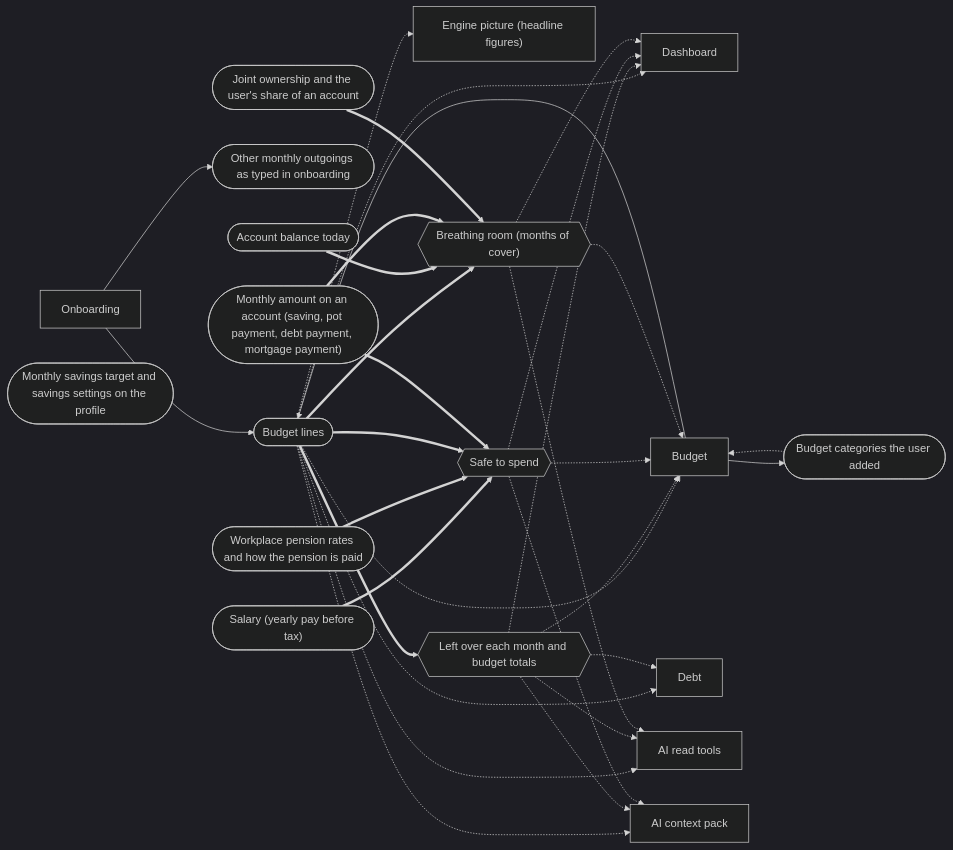
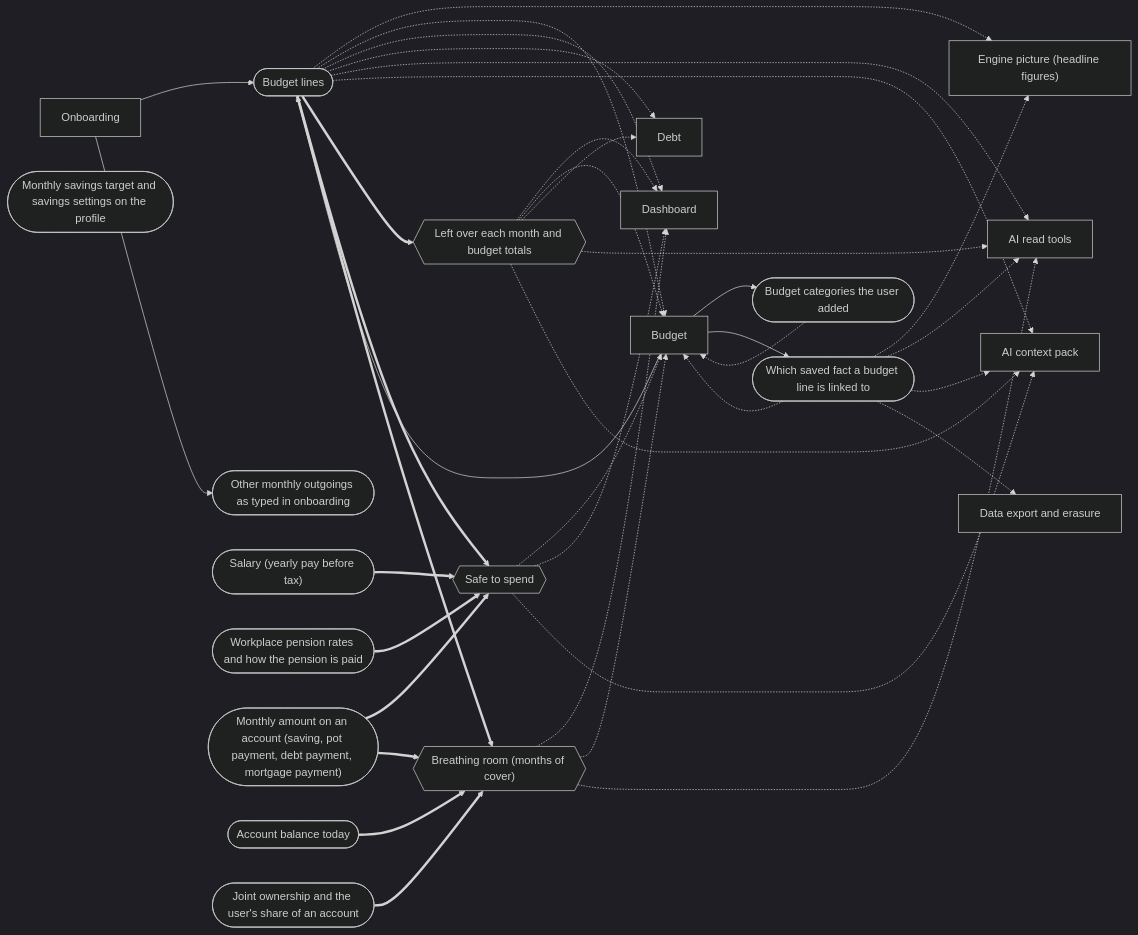
One commit to mgallagher56/flump changed the fifth of 7 diagrams in docs/system/generated/connections.md. Above: the diagram before and after it, drawn with Mermaid (dark theme). The commit also changed 44 other files, not shown here.

````diff
--- a/docs/system/generated/connections.md
+++ b/docs/system/generated/connections.md
@@ -390,53 +390,61 @@
 ```mermaid
 flowchart LR
   s_onboarding["Onboarding"]
   s_dashboard["Dashboard"]
   s_budget["Budget"]
   s_debt["Debt"]
   s_picture["Engine picture (headline figures)"]
   s_mcp_read["AI read tools"]
   s_context_pack["AI context pack"]
+  s_export["Data export and erasure"]
   f_custom_budget_categories(["Budget categories the user added"])
   s_budget --> f_custom_budget_categories
   f_custom_budget_categories -.-> s_budget
   f_budget_entries(["Budget lines"])
   s_budget --> f_budget_entries
   s_onboarding --> f_budget_entries
   f_budget_entries -.-> s_picture
   f_budget_entries -.-> s_budget
   f_budget_entries -.-> s_dashboard
   f_budget_entries -.-> s_debt
   f_budget_entries -.-> s_mcp_read
   f_budget_entries -.-> s_context_pack
+  f_budget_entry_link_kind(["Which saved fact a budget line is linked to"])
+  s_budget --> f_budget_entry_link_kind
+  f_budget_entry_link_kind -.-> s_picture
+  f_budget_entry_link_kind -.-> s_budget
+  f_budget_entry_link_kind -.-> s_mcp_read
+  f_budget_entry_link_kind -.-> s_context_pack
+  f_budget_entry_link_kind -.-> s_export
   f_other_outgoings(["Other monthly outgoings as typed in onboarding"])
   s_onboarding --> f_other_outgoings
   f_savings_settings(["Monthly savings target and savings settings on the profile"])
   g_left_over{{"Left over each month and budget totals"}}
   f_budget_entries ==> g_left_over
   g_left_over -.-> s_dashboard
   g_left_over -.-> s_budget
   g_left_over -.-> s_debt
   g_left_over -.-> s_mcp_read
   g_left_over -.-> s_context_pack
   g_safe_to_spend{{"Safe to spend"}}
   f_salary(["Salary (yearly pay before tax)"])
   f_salary ==> g_safe_to_spend
   f_pension_rates(["Workplace pension rates and how the pension is paid"])
   f_pension_rates ==> g_safe_to_spend
   f_budget_entries ==> g_safe_to_spend
   f_account_monthly_amount(["Monthly amount on an account (saving, pot payment, debt payment, mortgage payment)"])
   f_account_monthly_amount ==> g_safe_to_spend
   g_safe_to_spend -.-> s_budget
   g_safe_to_spend -.-> s_dashboard
   g_safe_to_spend -.-> s_context_pack
   g_months_of_cover{{"Breathing room (months of cover)"}}
   f_budget_entries ==> g_months_of_cover
   f_account_balance(["Account balance today"])
   f_account_balance ==> g_months_of_cover
   f_account_monthly_amount ==> g_months_of_cover
   f_ownership_share(["Joint ownership and the user's share of an account"])
   f_ownership_share ==> g_months_of_cover
   g_months_of_cover -.-> s_dashboard
   g_months_of_cover -.-> s_budget
   g_months_of_cover -.-> s_mcp_read
 ```
````
